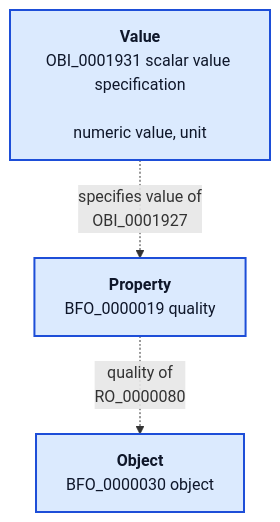
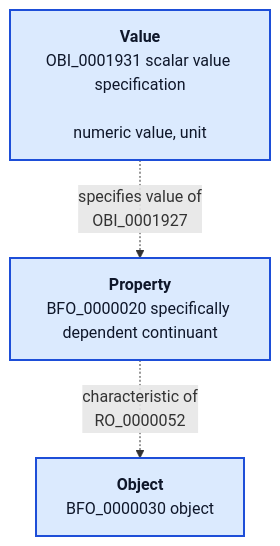
The diagram in web/patterns/property-with-value.mmd (BAMresearch/mermantics), drawn with Mermaid before and after one commit. The commit also changed 8 other files, not shown here.

First line of the commit message:
fix the modelling of the PMDco patterns after a check against 3.1.2

```diff
--- a/web/patterns/property-with-value.mmd
+++ b/web/patterns/property-with-value.mmd
@@ -1,14 +1,14 @@
 flowchart TB
 
-%% Property with a value: A property (quality) of an object, for example its mass, with a value and a unit.
+%% Property with a value: A property of an object, for example its mass or its hardness, with a value and a unit.
 
     Thing["<b>Object</b><br>BFO_0000030 object"]:::local
-    Property["<b>Property</b><br>BFO_0000019 quality"]:::local
+    Property["<b>Property</b><br>BFO_0000020 specifically dependent continuant"]:::local
     Value["<b>Value</b><br>OBI_0001931 scalar value specification<br><br>numeric value, unit"]:::local
 
-    Property -. "quality of<br>RO_0000080" .-> Thing
+    Property -. "characteristic of<br>RO_0000052" .-> Thing
     Value -. "specifies value of<br>OBI_0001927" .-> Property
 
     classDef local fill:#dbeafe,stroke:#1d4ed8,stroke-width:2px,color:#0f172a
 
-%% mermantics-pattern {"id":"pmdco-property-with-value","title":"Property with a value","version":"0.1.0","description":"A property (quality) of an object, for example its mass, with a value and a unit.","source":"Based on the PMDco pattern 'material property (quality)' (https://github.com/materialdigital/core-ontology/tree/main/patterns, CC BY 4.0), simplified for mermantics.","questions":["What is the value of this property of the object, and in which unit?"]}
+%% mermantics-pattern {"id":"pmdco-property-with-value","title":"Property with a value","version":"0.2.0","description":"A property of an object, for example its mass or its hardness, with a value and a unit.","source":"Based on the PMDco pattern 'material property (quality)' (https://github.com/materialdigital/core-ontology/tree/v3.1.2/patterns, CC BY 4.0), simplified for mermantics.","questions":["What is the value of this property of the object, and in which unit?"]}
```
